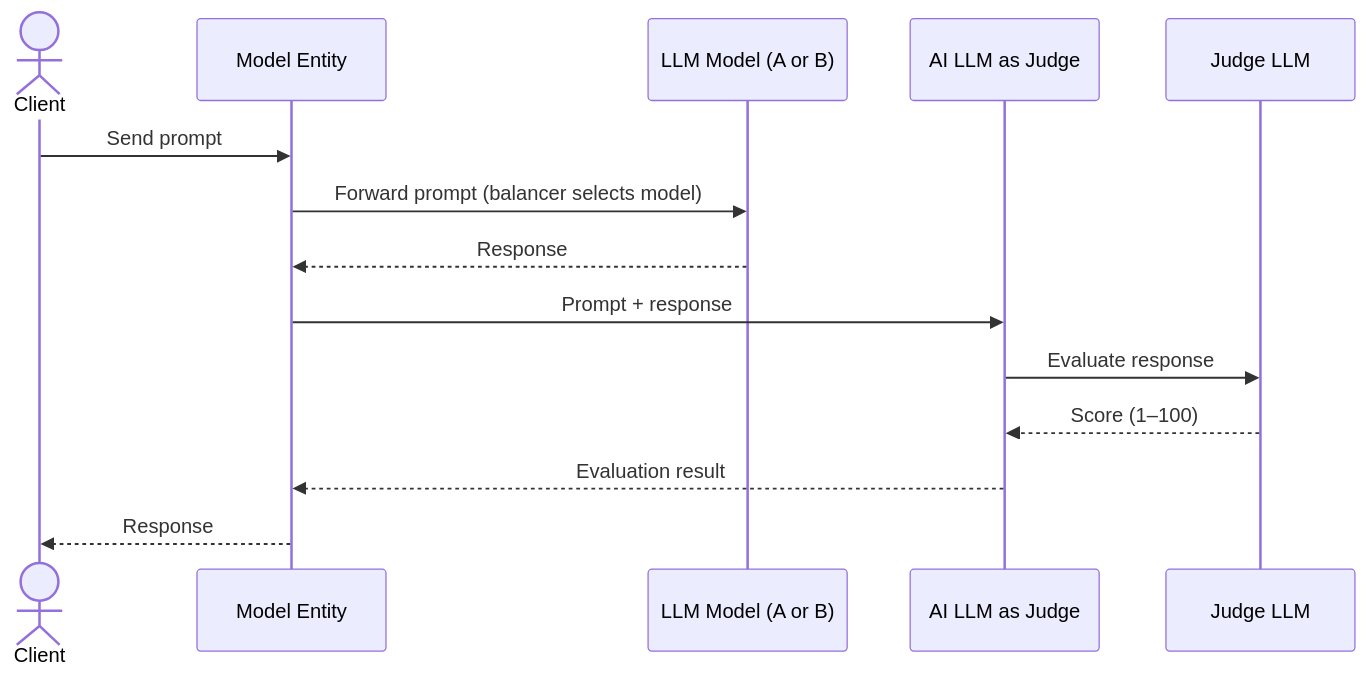
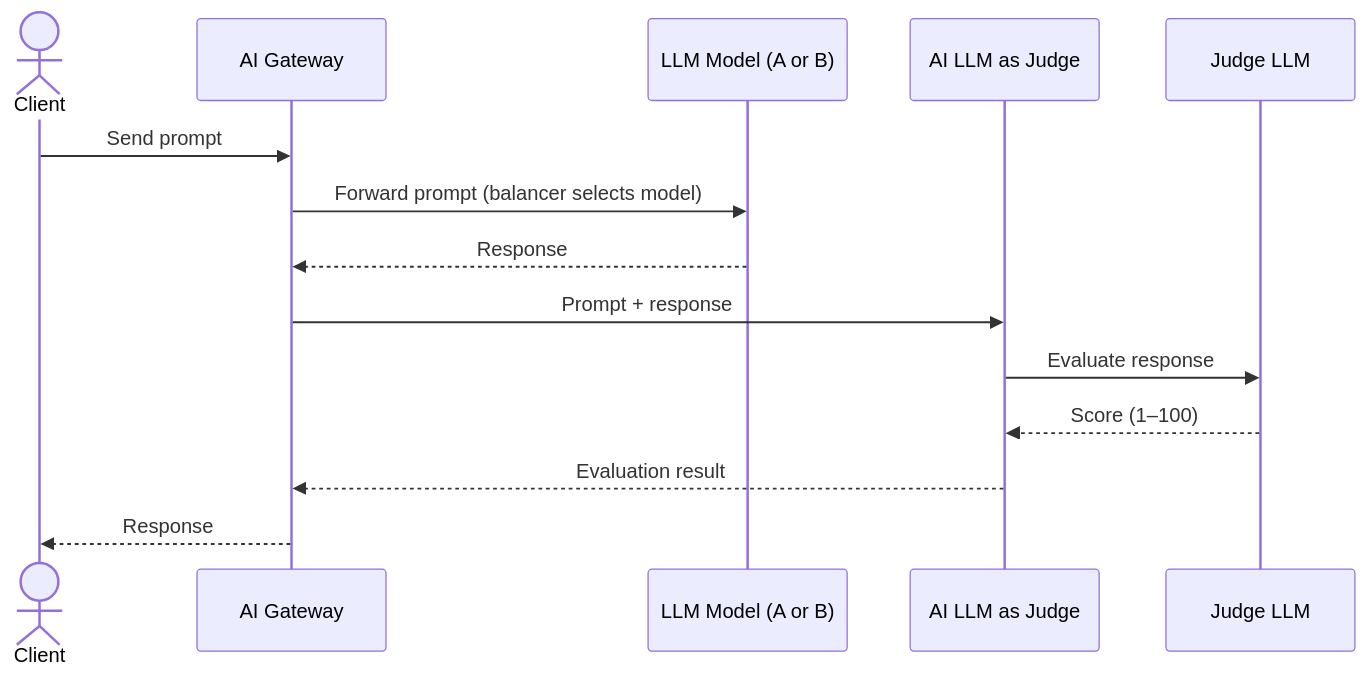
The diagram in app/_ai_gateway_policies/ai-llm-as-judge/index.md (Kong/developer.konghq.com), drawn with Mermaid before and after one commit. The commit also changed other lines of this file, not shown here.

Commit message:
fix mermaid diagram

```diff
--- a/app/_ai_gateway_policies/ai-llm-as-judge/index.md
+++ b/app/_ai_gateway_policies/ai-llm-as-judge/index.md
@@ -49,17 +49,17 @@
 {% mermaid %}
 sequenceDiagram
     actor Client
-    participant ME as Model Entity
+    participant AIGW as AI Gateway
     participant LLM as LLM Model (A or B)
     participant Judge as AI LLM as Judge
     participant JudgeLLM as Judge LLM
 
-    Client->>ME: Send prompt
-    ME->>LLM: Forward prompt (balancer selects model)
-    LLM-->>ME: Response
-    ME->>Judge: Prompt + response
+    Client->>AIGW: Send prompt
+    AIGW->>LLM: Forward prompt (balancer selects model)
+    LLM-->>AIGW: Response
+    AIGW ->>Judge: Prompt + response
     Judge->>JudgeLLM: Evaluate response
     JudgeLLM-->>Judge: Score (1–100)
-    Judge-->>ME: Evaluation result
-    ME-->>Client: Response
+    Judge-->>AIGW: Evaluation result
+    AIGW-->>Client: Response
 {% endmermaid %}
```
